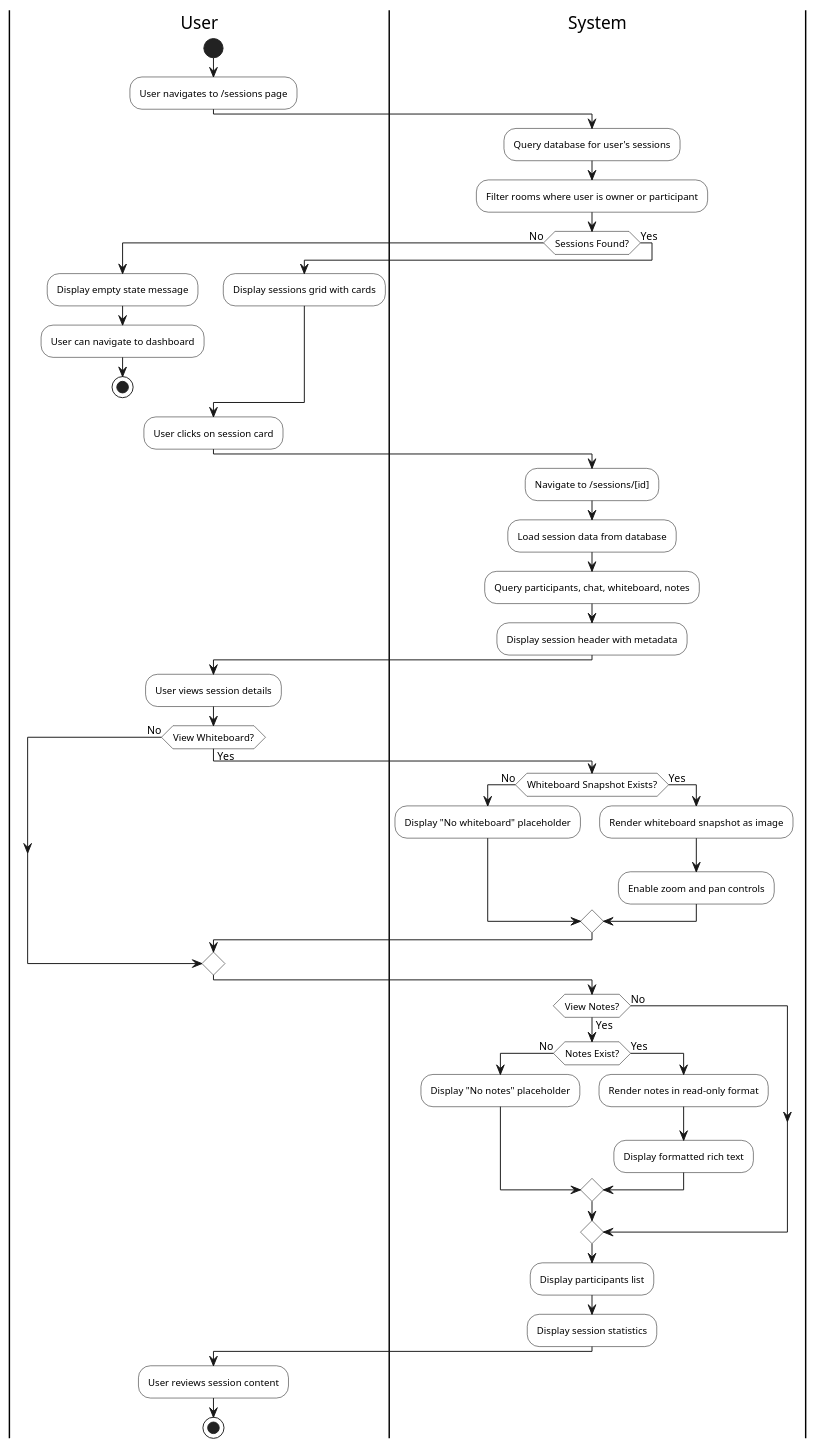
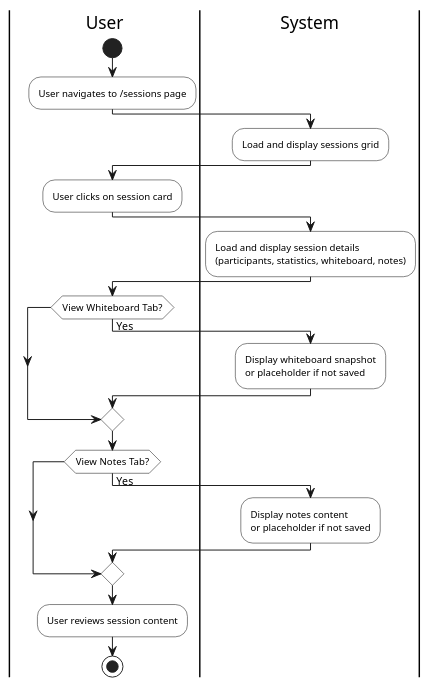
The ninth of 19 diagrams in reports.md (pho-veteran/stoom), drawn with PlantUML before and after one commit. The commit also changed other lines of this file and 1 other file, not shown here.

````diff
--- a/reports.md
+++ b/reports.md
@@ -811,70 +743,40 @@
 ```plantuml
 @startuml
 skinparam monochrome true
 skinparam activity {
     BackgroundColor #FFFFFF
     BorderColor #000000
     FontSize 10
 }
 
 |User|
 start
 :User navigates to /sessions page;
 
 |System|
-:Query database for user's sessions;
-:Filter rooms where user is owner or participant;
-
-if (Sessions Found?) then (No)
-    |User|
-    :Display empty state message;
-    :User can navigate to dashboard;
-    stop
-else (Yes)
-    :Display sessions grid with cards;
-endif
+:Load and display sessions grid;
 
 |User|
 :User clicks on session card;
 
 |System|
-:Navigate to /sessions/[id];
-:Load session data from database;
-:Query participants, chat, whiteboard, notes;
-:Display session header with metadata;
+:Load and display session details\n(participants, statistics, whiteboard, notes);
 
 |User|
-:User views session details;
-
-if (View Whiteboard?) then (Yes)
+if (View Whiteboard Tab?) then (Yes)
     |System|
-    if (Whiteboard Snapshot Exists?) then (No)
-        :Display "No whiteboard" placeholder;
-    else (Yes)
-        :Render whiteboard snapshot as image;
-        :Enable zoom and pan controls;
-    endif
-else (No)
+    :Display whiteboard snapshot\nor placeholder if not saved;
 endif
 
-if (View Notes?) then (Yes)
+|User|
+if (View Notes Tab?) then (Yes)
     |System|
-    if (Notes Exist?) then (No)
-        :Display "No notes" placeholder;
-    else (Yes)
-        :Render notes in read-only format;
-        :Display formatted rich text;
-    endif
-else (No)
+    :Display notes content\nor placeholder if not saved;
 endif
-
-|System|
-:Display participants list;
-:Display session statistics;
 
 |User|
 :User reviews session content;
 stop
 
 @enduml
 ```
````
